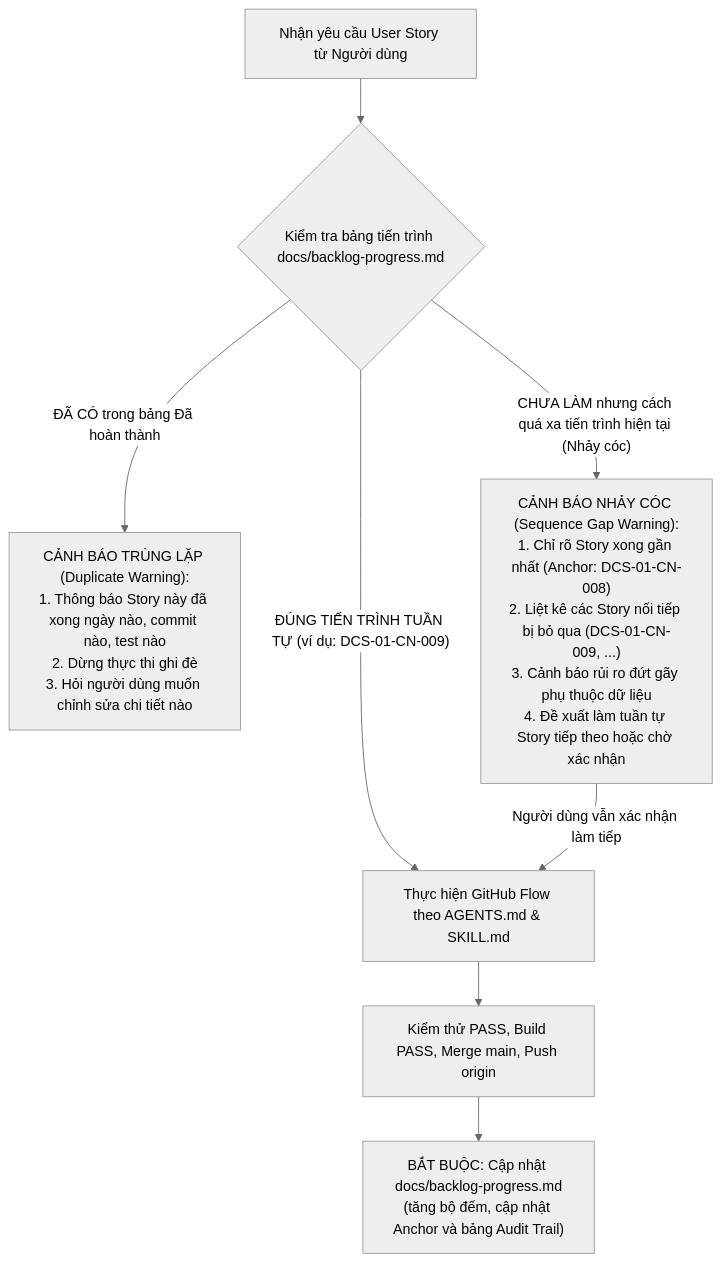
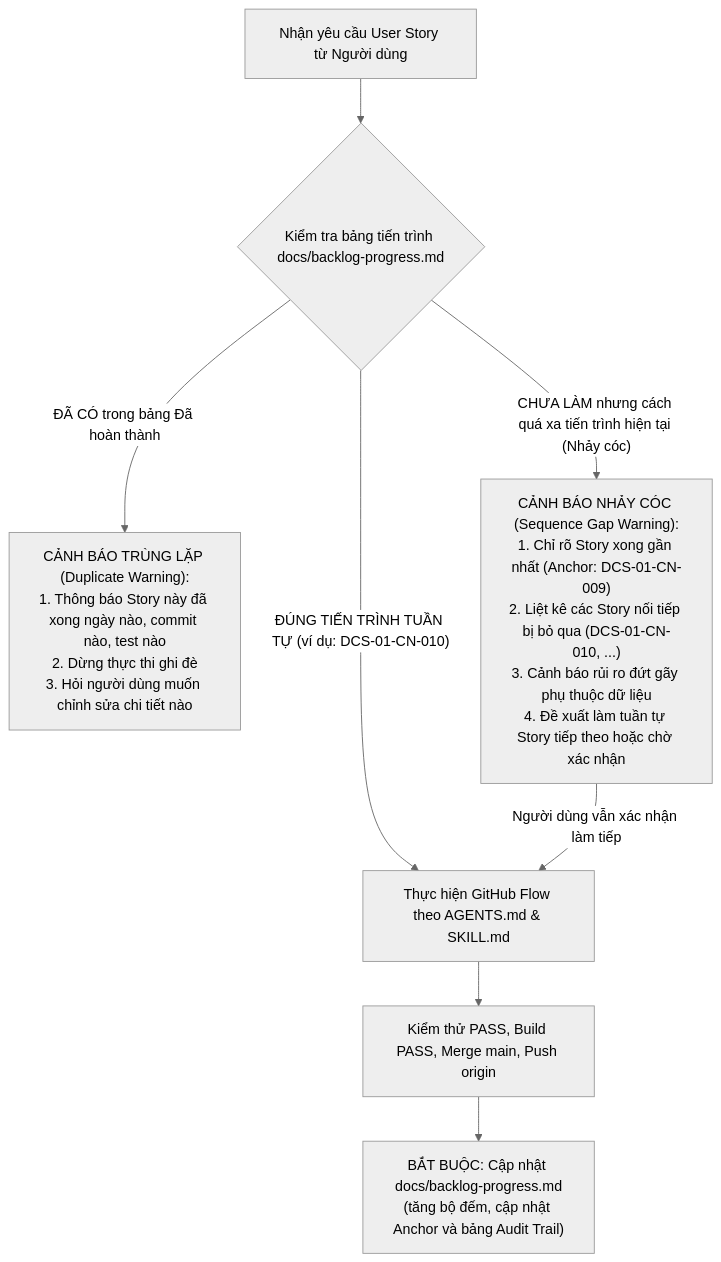
Before and after one commit to hienvanla5/dia_chinh_so: the diagram in docs/backlog-progress.md, drawn with Mermaid (neutral theme). The commit also changed other lines of this file and 2 other files, not shown here.

Commit message:
docs: document enterprise idp endpoints and update backlog progress for DCS-01-CN-009

````diff
--- a/docs/backlog-progress.md
+++ b/docs/backlog-progress.md
@@ -178,14 +200,14 @@
 ```mermaid
 flowchart TD
     Req["Nhận yêu cầu User Story từ Người dùng"] --> CheckTable{"Kiểm tra bảng tiến trình docs/backlog-progress.md"}
     
     CheckTable -- "ĐÃ CÓ trong bảng Đã hoàn thành" --> WarnDup["CẢNH BÁO TRÙNG LẶP (Duplicate Warning):<br>1. Thông báo Story này đã xong ngày nào, commit nào, test nào<br>2. Dừng thực thi ghi đè<br>3. Hỏi người dùng muốn chỉnh sửa chi tiết nào"]
     
-    CheckTable -- "CHƯA LÀM nhưng cách quá xa tiến trình hiện tại (Nhảy cóc)" --> WarnGap["CẢNH BÁO NHẢY CÓC (Sequence Gap Warning):<br>1. Chỉ rõ Story xong gần nhất (Anchor: DCS-01-CN-008)<br>2. Liệt kê các Story nối tiếp bị bỏ qua (DCS-01-CN-009, ...)<br>3. Cảnh báo rủi ro đứt gãy phụ thuộc dữ liệu<br>4. Đề xuất làm tuần tự Story tiếp theo hoặc chờ xác nhận"]
+    CheckTable -- "CHƯA LÀM nhưng cách quá xa tiến trình hiện tại (Nhảy cóc)" --> WarnGap["CẢNH BÁO NHẢY CÓC (Sequence Gap Warning):<br>1. Chỉ rõ Story xong gần nhất (Anchor: DCS-01-CN-009)<br>2. Liệt kê các Story nối tiếp bị bỏ qua (DCS-01-CN-010, ...)<br>3. Cảnh báo rủi ro đứt gãy phụ thuộc dữ liệu<br>4. Đề xuất làm tuần tự Story tiếp theo hoặc chờ xác nhận"]
     
-    CheckTable -- "ĐÚNG TIẾN TRÌNH TUẦN TỰ (ví dụ: DCS-01-CN-009)" --> RunStory["Thực hiện GitHub Flow theo AGENTS.md & SKILL.md"]
+    CheckTable -- "ĐÚNG TIẾN TRÌNH TUẦN TỰ (ví dụ: DCS-01-CN-010)" --> RunStory["Thực hiện GitHub Flow theo AGENTS.md & SKILL.md"]
     WarnGap -- "Người dùng vẫn xác nhận làm tiếp" --> RunStory
     
     RunStory --> Done["Kiểm thử PASS, Build PASS, Merge main, Push origin"]
     Done --> UpdateLog["BẮT BUỘC: Cập nhật docs/backlog-progress.md<br>(tăng bộ đếm, cập nhật Anchor và bảng Audit Trail)"]
 ```
````
